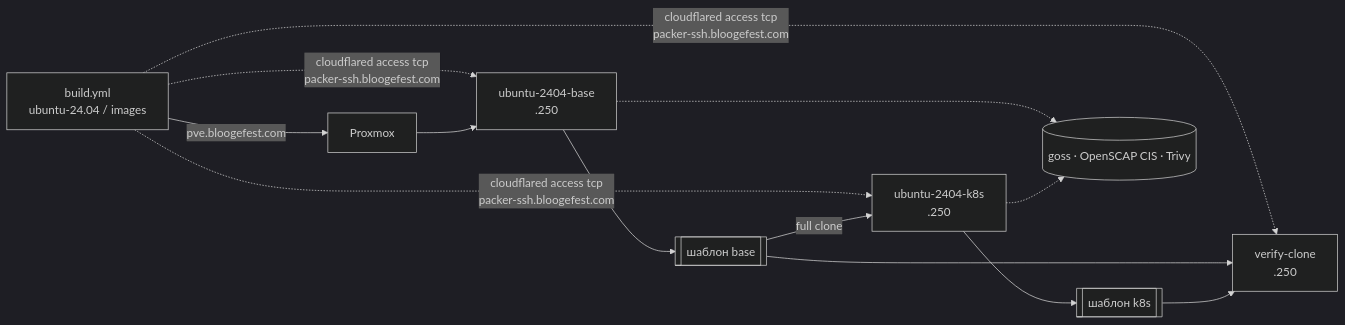
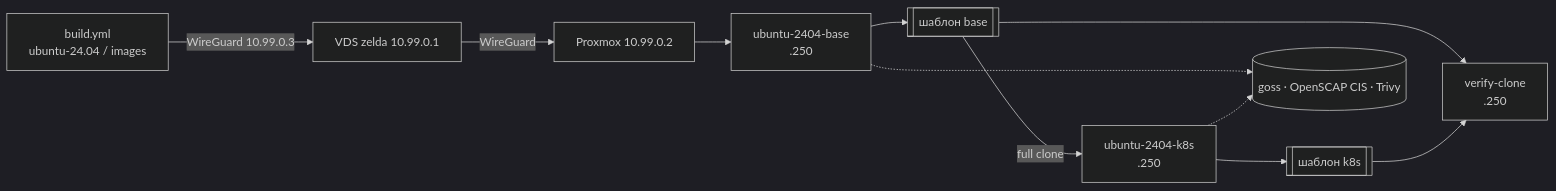
The diagram in README.md (sogeor/images), drawn with Mermaid (dark theme) before and after one commit. The commit also changed other lines of this file and 9 other files, not shown here.

Commit message:
What about WireGuard?

````diff
--- a/README.md
+++ b/README.md
@@ -18,11 +18,11 @@
 ```mermaid
 flowchart LR
-  B[build.yml<br/>ubuntu-24.04 / images] -->|pve.bloogefest.com| PVE[Proxmox]
-  B -.->|cloudflared access tcp<br/>packer-ssh.bloogefest.com| BASE & K8S & VC
+  B[build.yml<br/>ubuntu-24.04 / images] -->|WireGuard 10.99.0.3| E[VDS zelda 10.99.0.1]
+  E -->|WireGuard| PVE[Proxmox 10.99.0.2]
   PVE --> BASE[ubuntu-2404-base<br/>.250]
   BASE --> TB[[шаблон base]]
   TB -->|full clone| K8S[ubuntu-2404-k8s<br/>.250]
   K8S --> TK[[шаблон k8s]]
   TB & TK --> VC[verify-clone<br/>.250]
   BASE & K8S -.-> R[(goss · OpenSCAP CIS · Trivy)]
 ```
````
